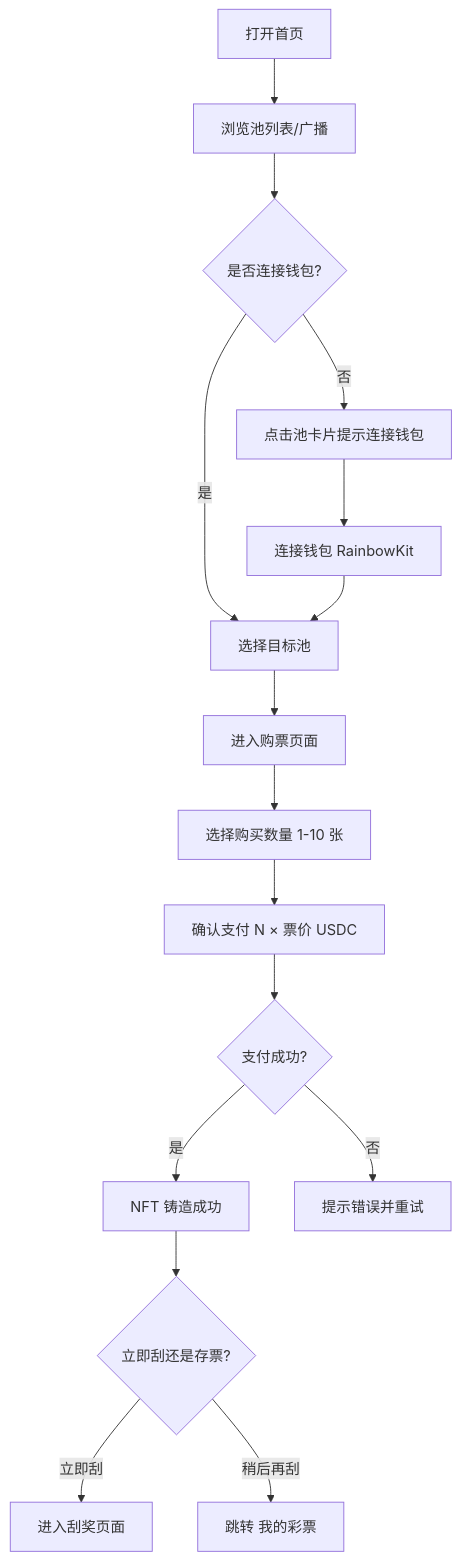
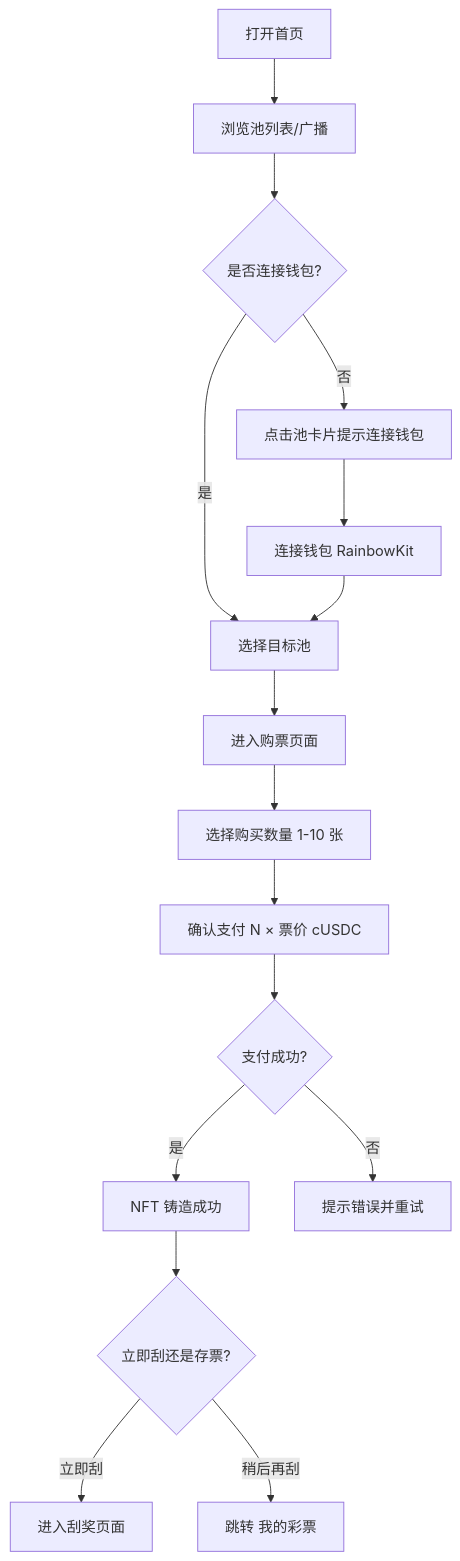
One commit to BreakOrbit/LuckyScratch changed the sixth of 7 diagrams in doc/detailed-design.md. Above: the diagram before and after it, drawn with Mermaid. The commit also changed other lines of this file and 2 other files, not shown here.

````diff
--- a/doc/detailed-design.md
+++ b/doc/detailed-design.md
@@ -1174,18 +1180,18 @@
 ```mermaid
 graph TD
     A[打开首页] --> B[浏览池列表/广播]
     B --> C{是否连接钱包?}
     C -->|否| D[点击池卡片提示连接钱包]
     D --> E[连接钱包 RainbowKit]
     C -->|是| F[选择目标池]
     E --> F
     F --> G[进入购票页面]
     G --> H[选择购买数量 1-10 张]
-    H --> I[确认支付 N × 票价 USDC]
+    H --> I[确认支付 N × 票价 cUSDC]
     I --> J{支付成功?}
     J -->|是| K[NFT 铸造成功]
     K --> L{立即刮还是存票?}
     L -->|立即刮| M[进入刮奖页面]
     L -->|稍后再刮| N[跳转 我的彩票]
     J -->|否| O[提示错误并重试]
 ```
````
